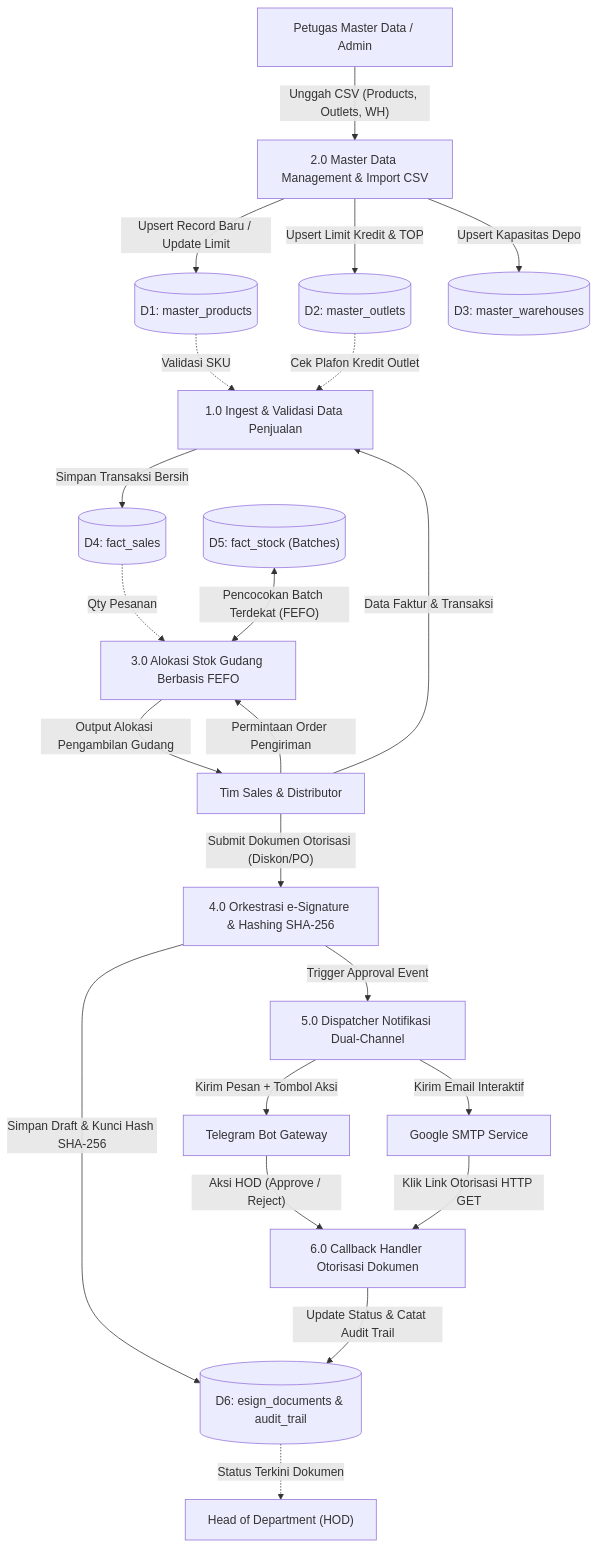
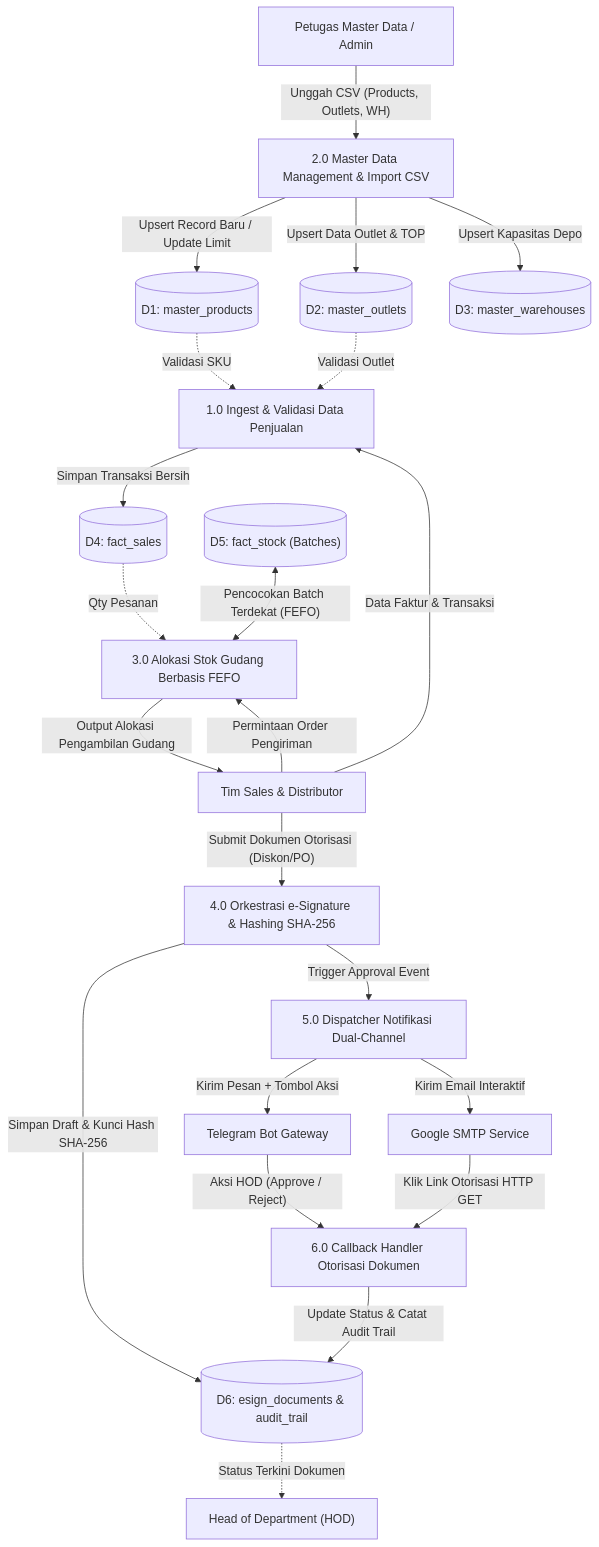
Before and after one commit to mwyzer/kelinciku: the third of 3 diagrams in documentation/ARCHITECTURE.md, drawn with Mermaid. The commit also changed other lines of this file and 9 other files, not shown here.

````diff
--- a/documentation/ARCHITECTURE.md
+++ b/documentation/ARCHITECTURE.md
@@ -99,50 +99,50 @@
 ```mermaid
 flowchart TD
     Admin["Petugas Master Data / Admin"]
     HOD["Head of Department (HOD)"]
     Sales["Tim Sales & Distributor"]
     Telegram["Telegram Bot Gateway"]
     Gmail["Google SMTP Service"]
 
     D1[("D1: master_products")]
     D2[("D2: master_outlets")]
     D3[("D3: master_warehouses")]
     D4[("D4: fact_sales")]
     D5[("D5: fact_stock (Batches)")]
     D6[("D6: esign_documents & audit_trail")]
 
     P1["1.0 Ingest & Validasi Data Penjualan"]
     P2["2.0 Master Data Management & Import CSV"]
     P3["3.0 Alokasi Stok Gudang Berbasis FEFO"]
     P4["4.0 Orkestrasi e-Signature & Hashing SHA-256"]
     P5["5.0 Dispatcher Notifikasi Dual-Channel"]
     P6["6.0 Callback Handler Otorisasi Dokumen"]
 
     Admin -->|"Unggah CSV (Products, Outlets, WH)"| P2
     P2 -->|"Upsert Record Baru / Update Limit"| D1
-    P2 -->|"Upsert Limit Kredit & TOP"| D2
+    P2 -->|"Upsert Data Outlet & TOP"| D2
     P2 -->|"Upsert Kapasitas Depo"| D3
 
     Sales -->|"Data Faktur & Transaksi"| P1
     D1 -.->|"Validasi SKU"| P1
-    D2 -.->|"Cek Plafon Kredit Outlet"| P1
+    D2 -.->|"Validasi Outlet"| P1
     P1 -->|"Simpan Transaksi Bersih"| D4
 
     Sales -->|"Permintaan Order Pengiriman"| P3
     D4 -.->|"Qty Pesanan"| P3
     D5 <-->|"Pencocokan Batch Terdekat (FEFO)"| P3
     P3 -->|"Output Alokasi Pengambilan Gudang"| Sales
 
     Sales -->|"Submit Dokumen Otorisasi (Diskon/PO)"| P4
     P4 -->|"Simpan Draft & Kunci Hash SHA-256"| D6
     P4 -->|"Trigger Approval Event"| P5
 
     P5 -->|"Kirim Pesan + Tombol Aksi"| Telegram
     P5 -->|"Kirim Email Interaktif"| Gmail
 
     Telegram -->|"Aksi HOD (Approve / Reject)"| P6
     Gmail -->|"Klik Link Otorisasi HTTP GET"| P6
 
     P6 -->|"Update Status & Catat Audit Trail"| D6
     D6 -.->|"Status Terkini Dokumen"| HOD
 ```
````
